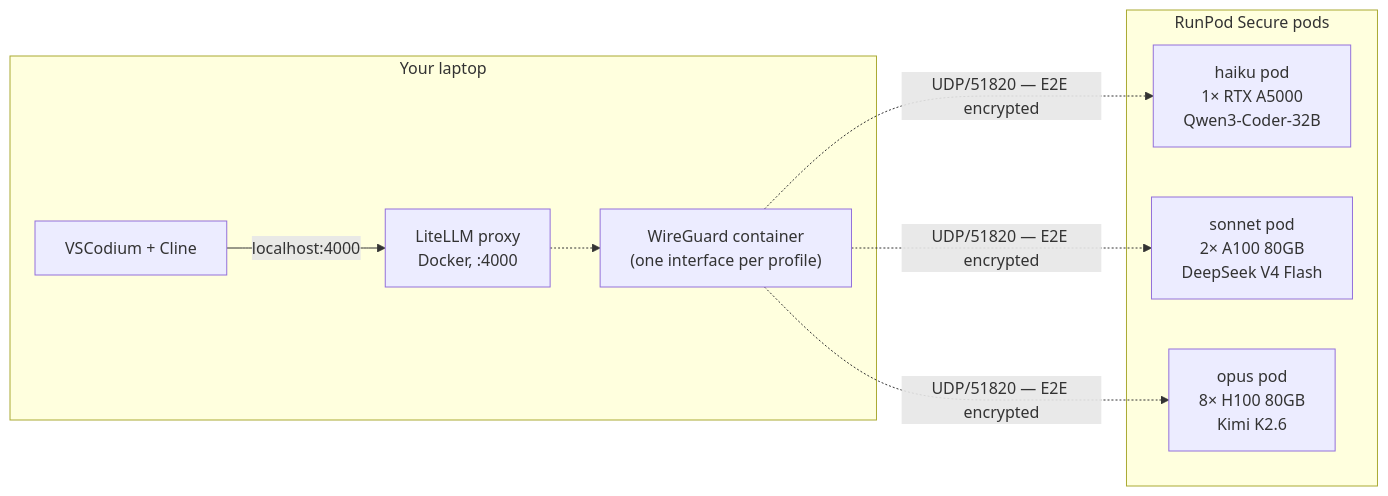
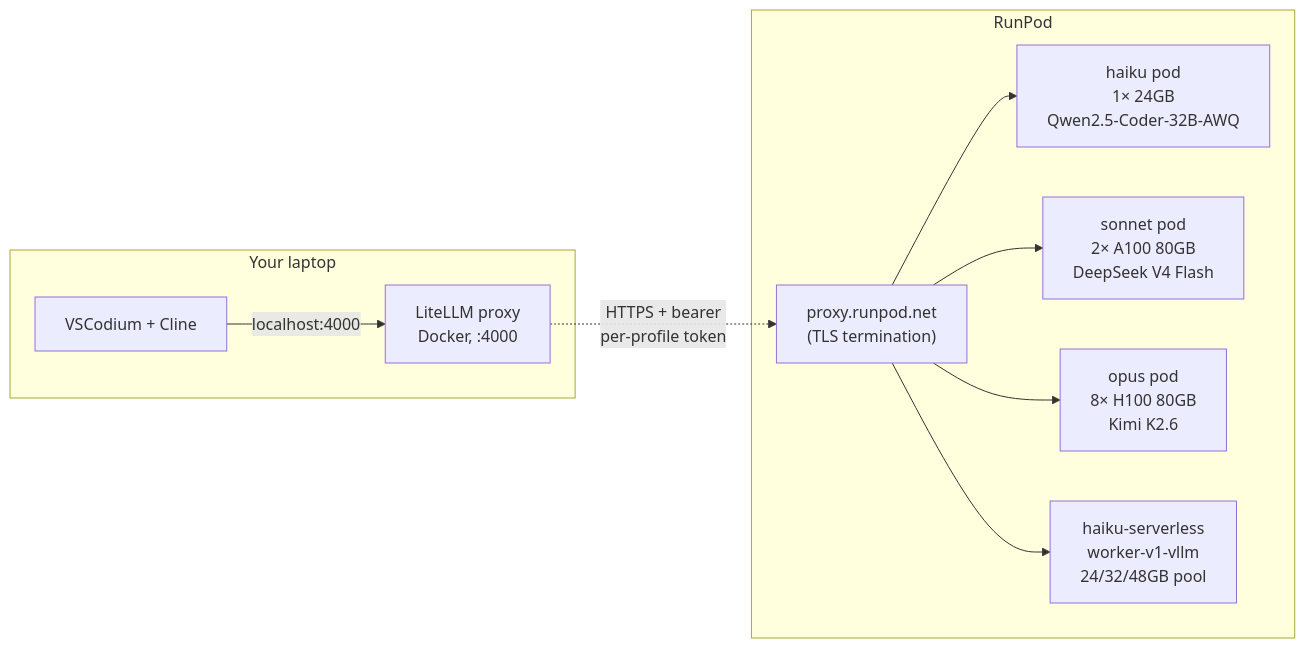
Before and after one commit to dealright/zdr-coder: the diagram in README.md, drawn with Mermaid. The commit also changed other lines of this file and 2 other files, not shown here.

First line of the commit message:
docs(readme): rewrite to match current architecture + pod/serverless A/B

````diff
--- a/README.md
+++ b/README.md
@@ -21,18 +23,16 @@
 ```mermaid
 flowchart LR
     subgraph laptop["Your laptop"]
         Cline["VSCodium + Cline"]
         LiteLLM["LiteLLM proxy<br/>Docker, :4000"]
-        WG["WireGuard container<br/>(one interface per profile)"]
         Cline -->|"localhost:4000"| LiteLLM
-        LiteLLM -.-> WG
     end
-    WG -.->|"UDP/51820 — E2E encrypted"| GPUH
-    WG -.->|"UDP/51820 — E2E encrypted"| GPUS
-    WG -.->|"UDP/51820 — E2E encrypted"| GPUO
-    subgraph rp["RunPod Secure pods"]
-        GPUH["haiku pod<br/>1× RTX A5000<br/>Qwen3-Coder-32B"]
-        GPUS["sonnet pod<br/>2× A100 80GB<br/>DeepSeek V4 Flash"]
-        GPUO["opus pod<br/>8× H100 80GB<br/>Kimi K2.6"]
+    LiteLLM -.->|"HTTPS + bearer<br/>per-profile token"| Proxy
+    subgraph rp["RunPod"]
+        Proxy["proxy.runpod.net<br/>(TLS termination)"]
+        Proxy --> GPUH["haiku pod<br/>1× 24GB<br/>Qwen2.5-Coder-32B-AWQ"]
+        Proxy --> GPUS["sonnet pod<br/>2× A100 80GB<br/>DeepSeek V4 Flash"]
+        Proxy --> GPUO["opus pod<br/>8× H100 80GB<br/>Kimi K2.6"]
+        Proxy --> SLS["haiku-serverless<br/>worker-v1-vllm<br/>24/32/48GB pool"]
     end
 ```
````
